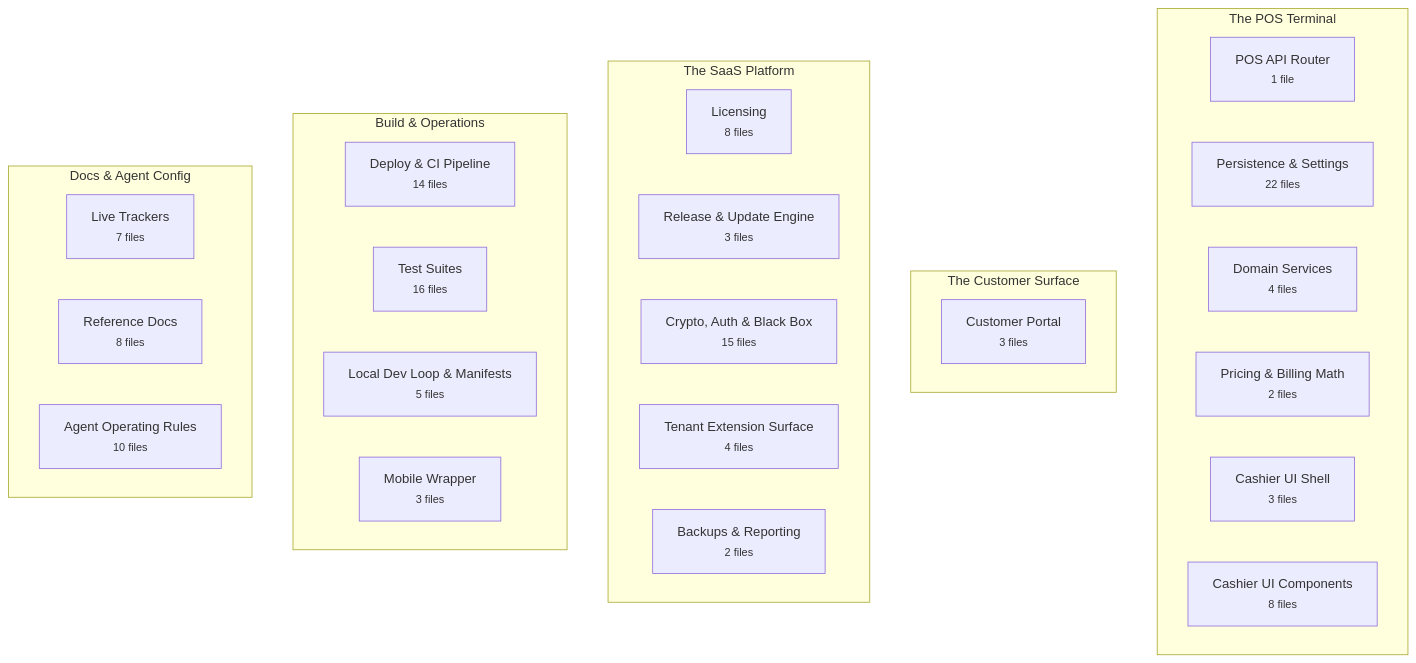
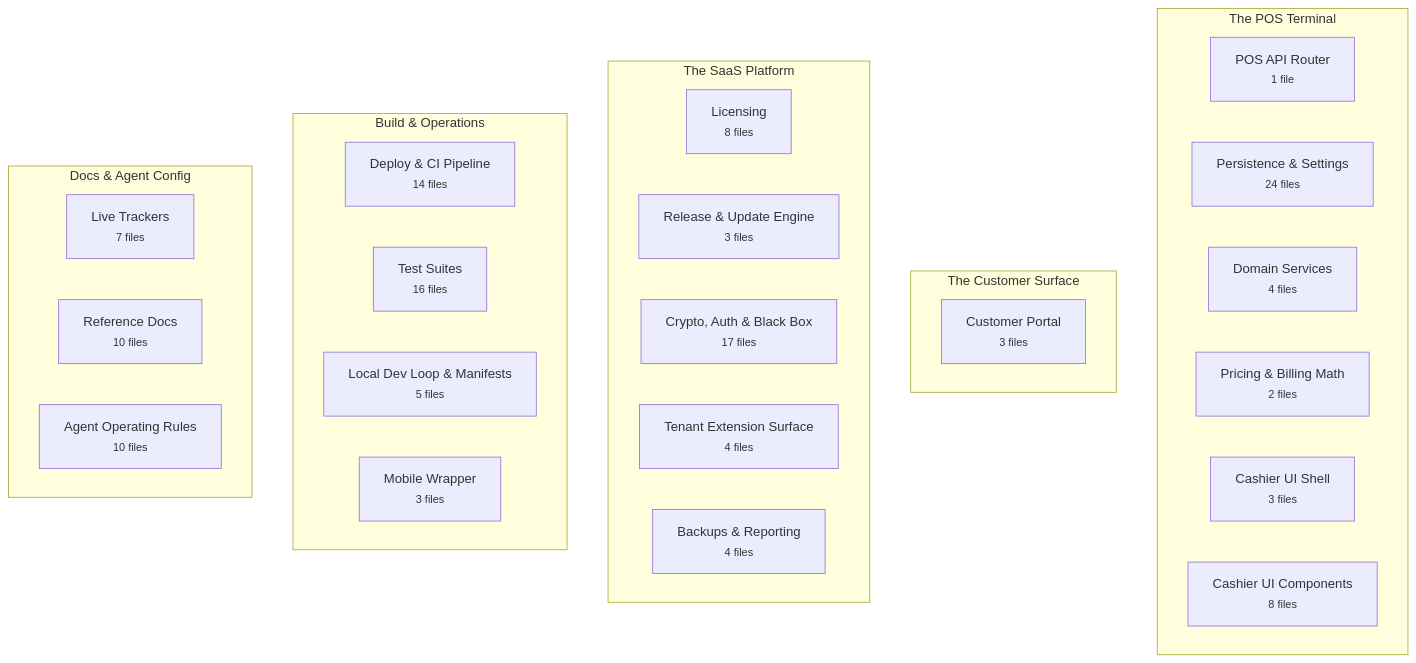
Before and after one commit to Vishalnayak226/gold_pos: the first of 2 diagrams in docs/brain/BRAIN.md, drawn with Mermaid. The commit also changed other lines of this file and 30 other files, not shown here.

````diff
--- a/docs/brain/BRAIN.md
+++ b/docs/brain/BRAIN.md
@@ -20,37 +20,37 @@
 ```mermaid
 flowchart TB
   subgraph pos["The POS Terminal"]
     direction LR
     pos_api["POS API Router<br/><small>1 file</small>"]
-    persistence["Persistence & Settings<br/><small>22 files</small>"]
+    persistence["Persistence & Settings<br/><small>24 files</small>"]
     domain_services["Domain Services<br/><small>4 files</small>"]
     pricing["Pricing & Billing Math<br/><small>2 files</small>"]
     pos_ui["Cashier UI Shell<br/><small>3 files</small>"]
     pos_components["Cashier UI Components<br/><small>8 files</small>"]
   end
   subgraph customer["The Customer Surface"]
     direction LR
     customer_portal["Customer Portal<br/><small>3 files</small>"]
   end
   subgraph platform["The SaaS Platform"]
     direction LR
     licensing["Licensing<br/><small>8 files</small>"]
     updates["Release & Update Engine<br/><small>3 files</small>"]
-    security["Crypto, Auth & Black Box<br/><small>15 files</small>"]
+    security["Crypto, Auth & Black Box<br/><small>17 files</small>"]
     extensions["Tenant Extension Surface<br/><small>4 files</small>"]
-    maintenance["Backups & Reporting<br/><small>2 files</small>"]
+    maintenance["Backups & Reporting<br/><small>4 files</small>"]
   end
   subgraph ops["Build & Operations"]
     direction LR
     deploy["Deploy & CI Pipeline<br/><small>14 files</small>"]
     tests["Test Suites<br/><small>16 files</small>"]
     dev_loop["Local Dev Loop & Manifests<br/><small>5 files</small>"]
     mobile["Mobile Wrapper<br/><small>3 files</small>"]
   end
   subgraph knowledge["Docs & Agent Config"]
     direction LR
     trackers["Live Trackers<br/><small>7 files</small>"]
-    reference["Reference Docs<br/><small>8 files</small>"]
+    reference["Reference Docs<br/><small>10 files</small>"]
     agent_config["Agent Operating Rules<br/><small>10 files</small>"]
   end
 ```
````
